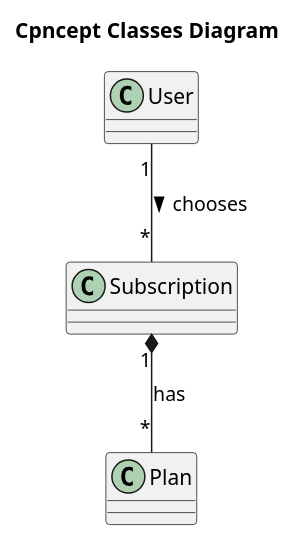
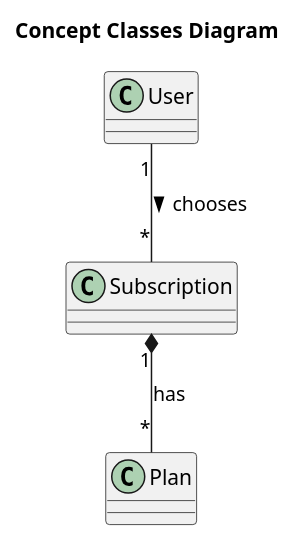
Before and after one commit to oleksandrblazhko/ai204-kolesnik: the diagram in 2-SoftwareDesign/2.7-PlantUML/UML-ConceptClasses.puml, drawn with PlantUML.

Commit message:
lab 7 concept typo fixed

```diff
--- a/2-SoftwareDesign/2.7-PlantUML/UML-ConceptClasses.puml
+++ b/2-SoftwareDesign/2.7-PlantUML/UML-ConceptClasses.puml
@@ -1,10 +1,10 @@
 @startuml
-title Cpncept Classes Diagram 
+title Concept Classes Diagram 
 
 Class User
 Class Subscription
 Class Plan
 
 User"1" -- "*"Subscription: chooses >
 Subscription"1" *-- "*"Plan: has
 @enduml
```
